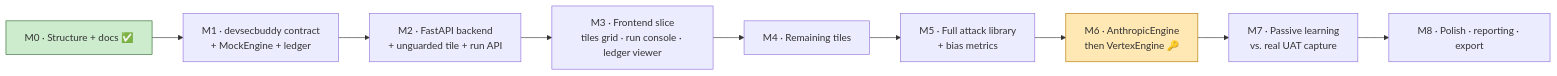
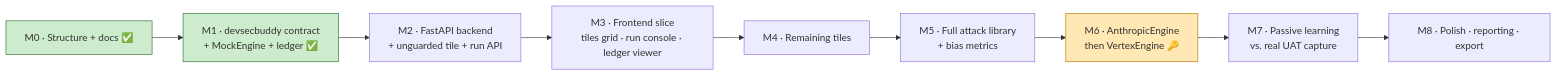
The diagram in docs/roadmap.md (koeplinger/ai_devsecbuddy), drawn with Mermaid before and after one commit. The commit also changed other lines of this file and 23 other files, not shown here.

````diff
--- a/docs/roadmap.md
+++ b/docs/roadmap.md
@@ -45,14 +45,15 @@
 ```mermaid
 graph LR
-    M0["M0 · Structure + docs ✅"] --> M1["M1 · devsecbuddy contract<br/>+ MockEngine + ledger"]
+    M0["M0 · Structure + docs ✅"] --> M1["M1 · devsecbuddy contract<br/>+ MockEngine + ledger ✅"]
     M1 --> M2["M2 · FastAPI backend<br/>+ unguarded tile + run API"]
     M2 --> M3["M3 · Frontend slice<br/>tiles grid · run console · ledger viewer"]
     M3 --> M4["M4 · Remaining tiles"]
     M4 --> M5["M5 · Full attack library<br/>+ bias metrics"]
     M5 --> M6["M6 · AnthropicEngine<br/>then VertexEngine 🔑"]
     M6 --> M7["M7 · Passive learning<br/>vs. real UAT capture"]
     M7 --> M8["M8 · Polish · reporting · export"]
 
     style M0 fill:#cdeccd,stroke:#2d6a2d
+    style M1 fill:#cdeccd,stroke:#2d6a2d
     style M6 fill:#ffe8b3,stroke:#b37700
 ```
````
